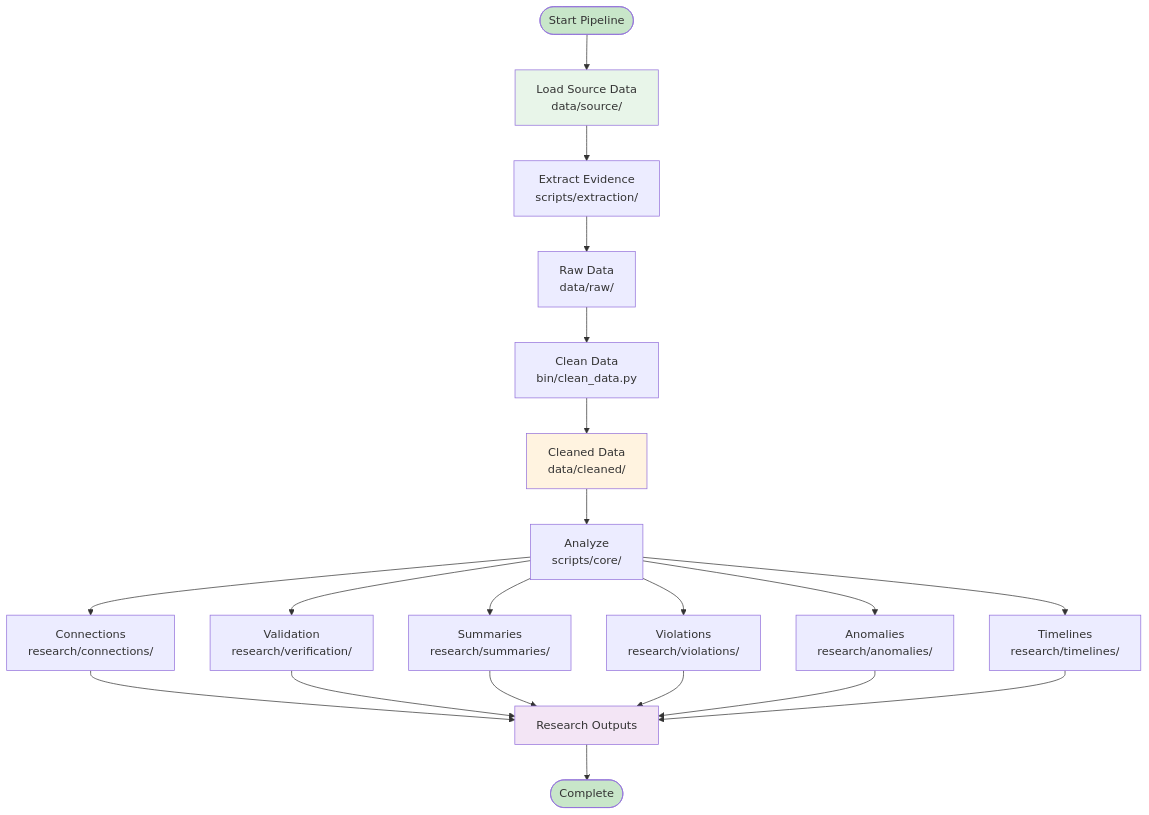
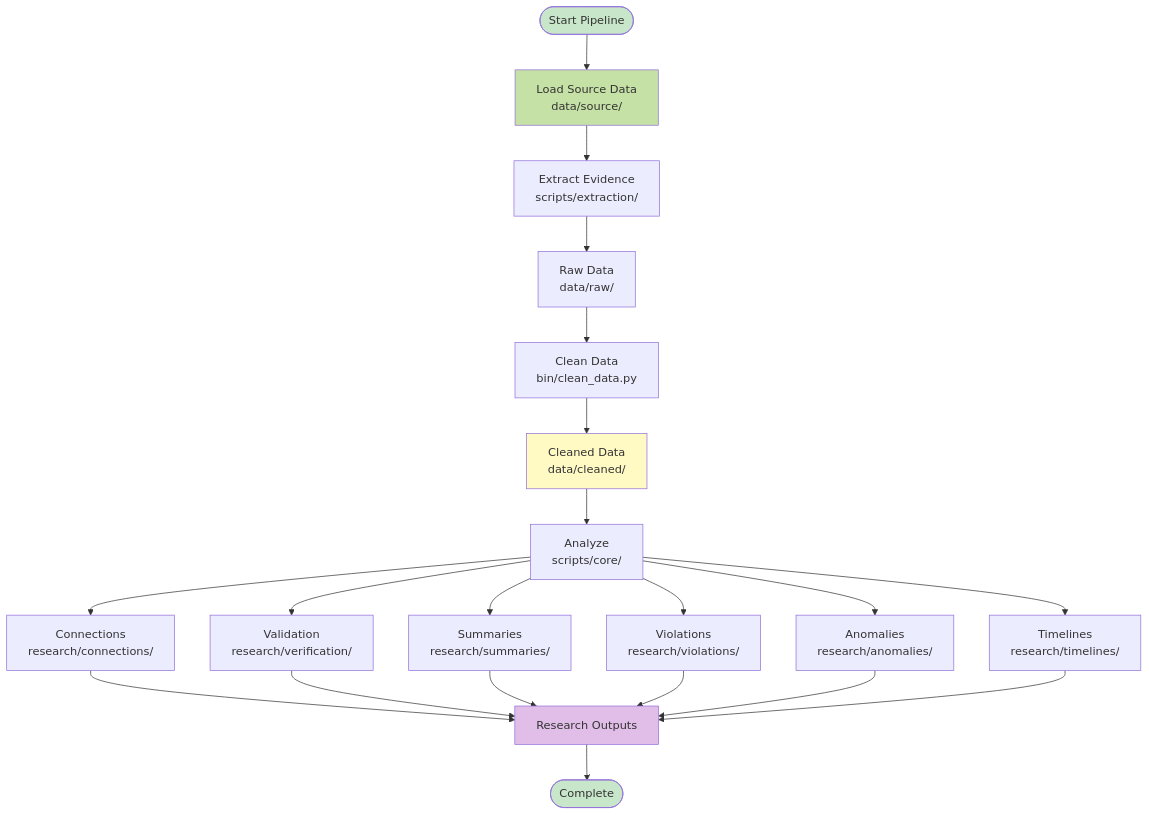
One commit to 1digitaldesign/kettler-data-analysis changed the second of 6 diagrams in docs/DIAGRAMS.md. Above: the diagram before and after it, drawn with Mermaid. The commit also changed other lines of this file and 16 other files, not shown here.

First line of the commit message:
Refactor all diagrams with pastel color scheme and add new diagrams

````diff
--- a/docs/DIAGRAMS.md
+++ b/docs/DIAGRAMS.md
@@ -62,34 +62,34 @@
 ```mermaid
 flowchart TD
     START([Start Pipeline]) --> SOURCE[Load Source Data<br/>data/source/]
 
     SOURCE --> EXTRACT[Extract Evidence<br/>scripts/extraction/]
     EXTRACT --> RAW[Raw Data<br/>data/raw/]
 
     RAW --> CLEAN[Clean Data<br/>bin/clean_data.py]
     CLEAN --> CLEANED[Cleaned Data<br/>data/cleaned/]
 
     CLEANED --> ANALYZE[Analyze<br/>scripts/core/]
 
     ANALYZE --> CONN[Connections<br/>research/connections/]
     ANALYZE --> VALID[Validation<br/>research/verification/]
     ANALYZE --> SUMMARY[Summaries<br/>research/summaries/]
     ANALYZE --> VIOL[Violations<br/>research/violations/]
     ANALYZE --> ANOM[Anomalies<br/>research/anomalies/]
     ANALYZE --> TIME[Timelines<br/>research/timelines/]
 
     CONN --> OUTPUT[Research Outputs]
     VALID --> OUTPUT
     SUMMARY --> OUTPUT
     VIOL --> OUTPUT
     ANOM --> OUTPUT
     TIME --> OUTPUT
 
     OUTPUT --> END([Complete])
 
-    style START fill:#c8e6c9
-    style SOURCE fill:#e8f5e9
-    style CLEANED fill:#fff3e0
-    style OUTPUT fill:#f3e5f5
-    style END fill:#c8e6c9
+    style START fill:#C8E6C9
+    style SOURCE fill:#C5E1A5
+    style CLEANED fill:#FFF9C4
+    style OUTPUT fill:#E1BEE7
+    style END fill:#C8E6C9
 ```
````
